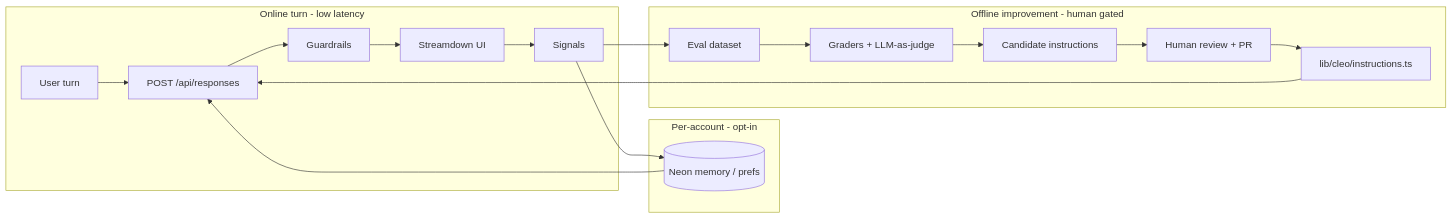
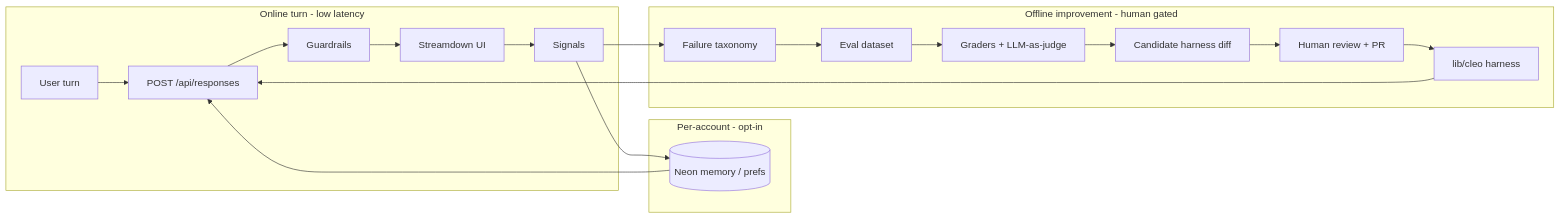
One commit to cleostudio/cleo changed the diagram in docs/cleo-self-improving.md. Above: the diagram before and after it, drawn with Mermaid. The commit also changed other lines of this file and 62 other files, not shown here.

````diff
--- a/docs/cleo-self-improving.md
+++ b/docs/cleo-self-improving.md
@@ -113,23 +171,24 @@
 ```mermaid
 flowchart LR
   subgraph online [Online turn - low latency]
     U[User turn] --> R["POST /api/responses"]
     R --> G[Guardrails]
     G --> UI[Streamdown UI]
     UI --> S[Signals]
   end
 
   subgraph personal [Per-account - opt-in]
     S --> M[(Neon memory / prefs)]
     M --> R
   end
 
   subgraph offline [Offline improvement - human gated]
-    S --> D[Eval dataset]
+    S --> T[Failure taxonomy]
+    T --> D[Eval dataset]
     D --> E[Graders + LLM-as-judge]
-    E --> P[Candidate instructions]
+    E --> P[Candidate harness diff]
     P --> H[Human review + PR]
-    H --> I[lib/cleo/instructions.ts]
+    H --> I["lib/cleo harness"]
     I --> R
   end
 ```
````
